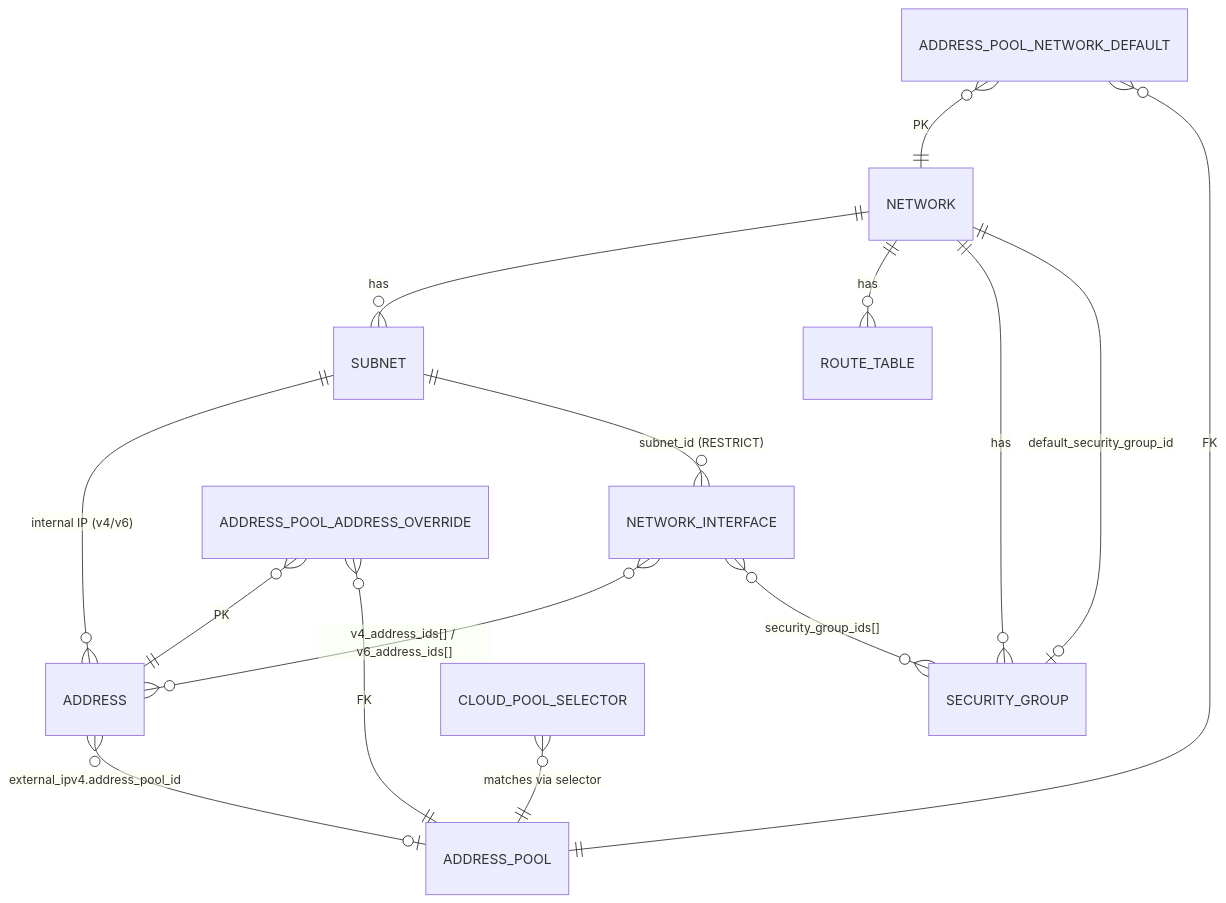
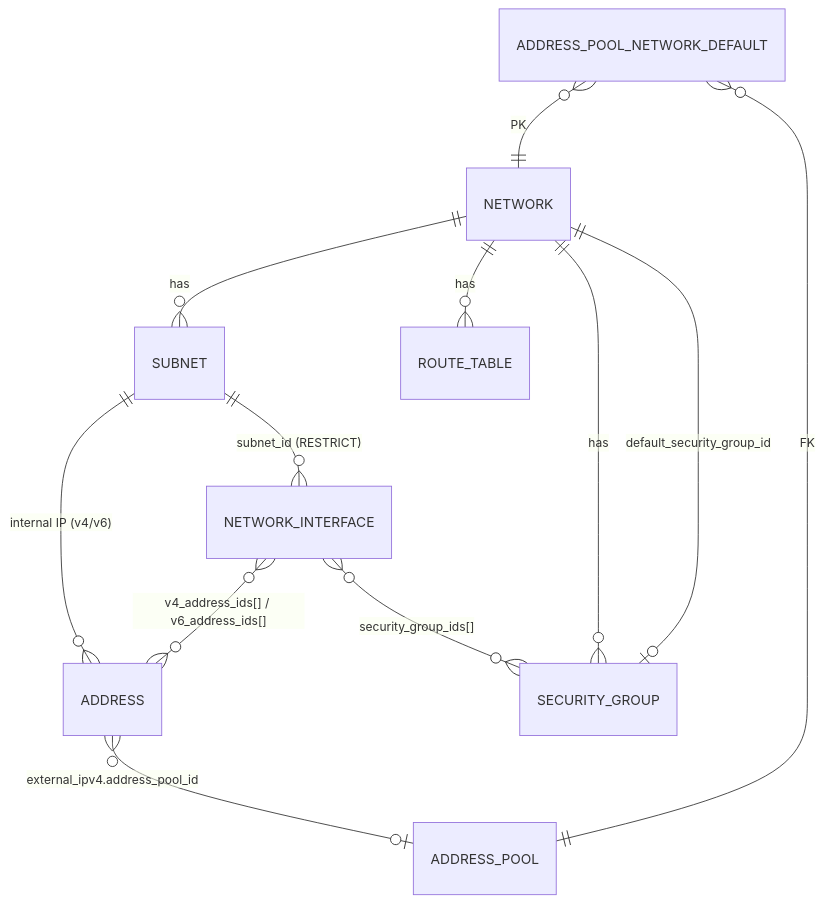
The diagram in services/vpc/docs/engineering/architecture/01-resources.md (PRO-Robotech/kacho), drawn with Mermaid before and after one commit. The commit also changed other lines of this file and 11 other files, not shown here.

````diff
--- a/services/vpc/docs/engineering/architecture/01-resources.md
+++ b/services/vpc/docs/engineering/architecture/01-resources.md
@@ -7,17 +7,14 @@
 ```mermaid
 erDiagram
   NETWORK ||--o{ SUBNET : has
   NETWORK ||--o{ ROUTE_TABLE : has
   NETWORK ||--o{ SECURITY_GROUP : has
   NETWORK ||--o| SECURITY_GROUP : "default_security_group_id"
   SUBNET ||--o{ ADDRESS : "internal IP (v4/v6)"
   SUBNET ||--o{ NETWORK_INTERFACE : "subnet_id (RESTRICT)"
   NETWORK_INTERFACE }o--o{ ADDRESS : "v4_address_ids[] / v6_address_ids[]"
   NETWORK_INTERFACE }o--o{ SECURITY_GROUP : "security_group_ids[]"
   ADDRESS }o--o| ADDRESS_POOL : "external_ipv4.address_pool_id"
   ADDRESS_POOL_NETWORK_DEFAULT }o--|| NETWORK : "PK"
   ADDRESS_POOL_NETWORK_DEFAULT }o--|| ADDRESS_POOL : "FK"
-  ADDRESS_POOL_ADDRESS_OVERRIDE }o--|| ADDRESS : "PK"
-  ADDRESS_POOL_ADDRESS_OVERRIDE }o--|| ADDRESS_POOL : "FK"
-  CLOUD_POOL_SELECTOR }o--|| ADDRESS_POOL : "matches via selector"
 ```
````
